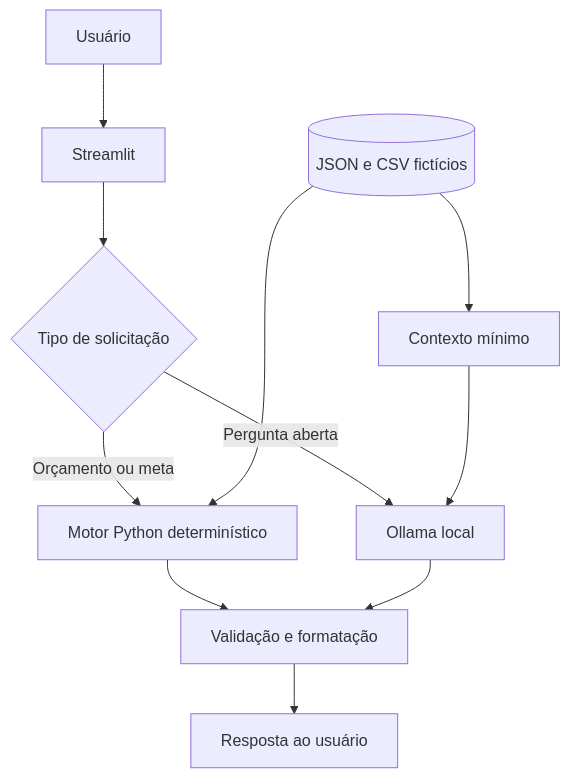
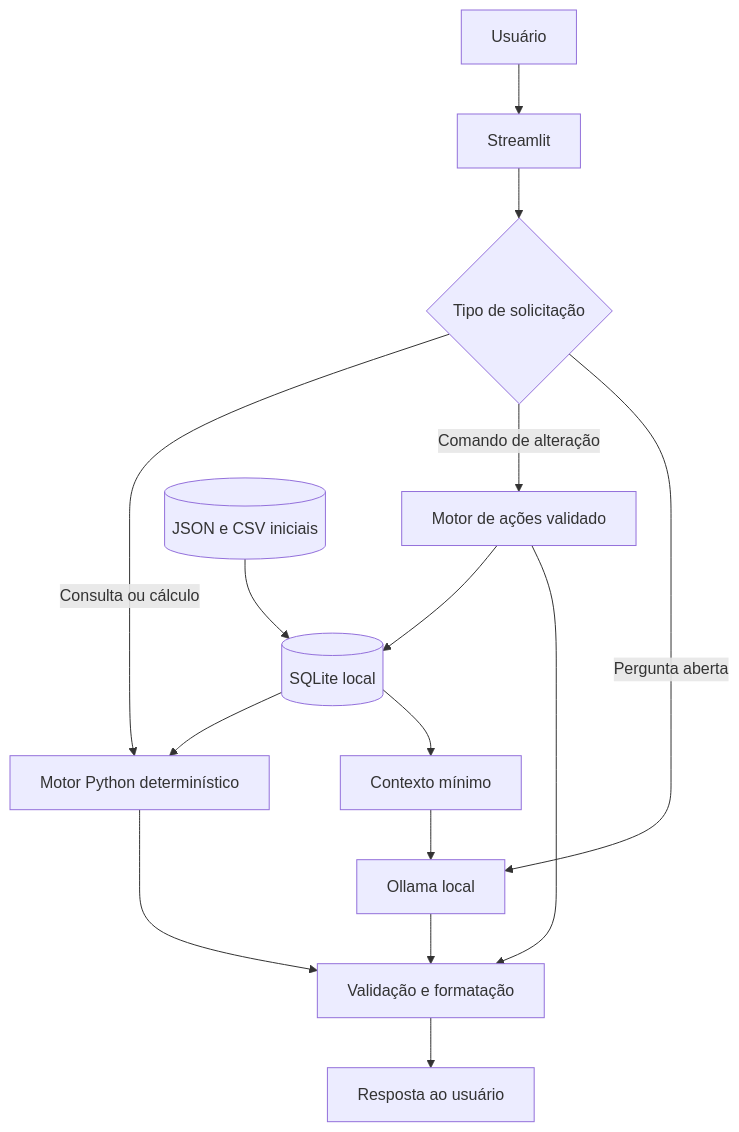
The diagram in docs/01-documentacao-agente.md (soncine/mcduck-ai), drawn with Mermaid before and after one commit. The commit also changed other lines of this file and 13 other files, not shown here.

```diff
--- a/docs/01-documentacao-agente.md
+++ b/docs/01-documentacao-agente.md
@@ -55,13 +55,17 @@
 ~~~mermaid
 flowchart TD
     A[Usuário] --> B[Streamlit]
     B --> C{Tipo de solicitação}
-    C -->|Orçamento ou meta| D[Motor Python determinístico]
+    C -->|Consulta ou cálculo| D[Motor Python determinístico]
+    C -->|Comando de alteração| J[Motor de ações validado]
     C -->|Pergunta aberta| E[Ollama local]
-    F[(JSON e CSV fictícios)] --> D
-    F --> G[Contexto mínimo]
+    F[(JSON e CSV iniciais)] --> K[(SQLite local)]
+    K --> D
+    J --> K
+    J --> H
+    K --> G[Contexto mínimo]
     G --> E
     D --> H[Validação e formatação]
     E --> H
     H --> I[Resposta ao usuário]
 ~~~
```
